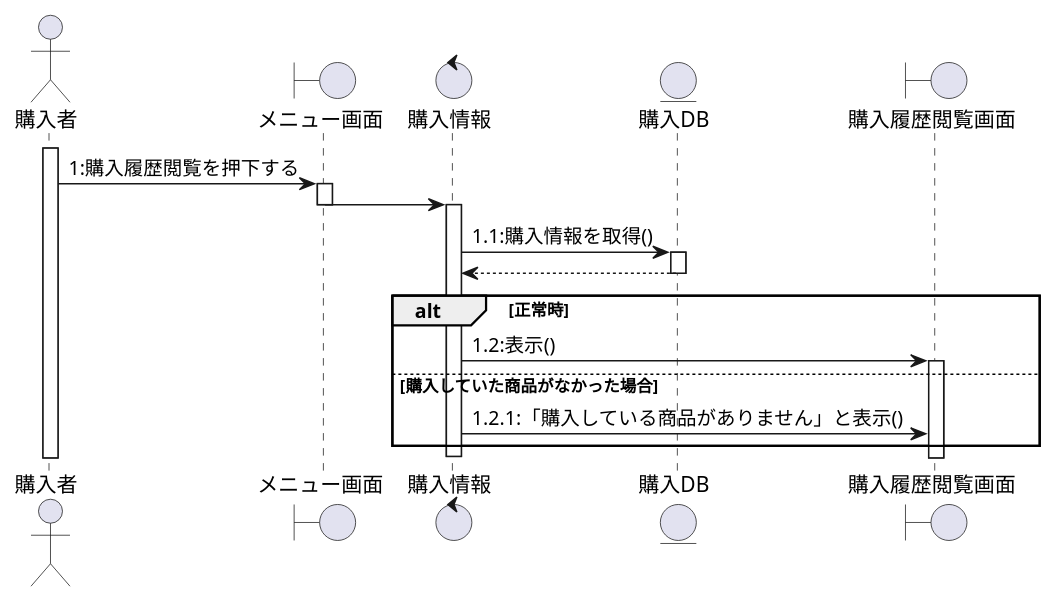
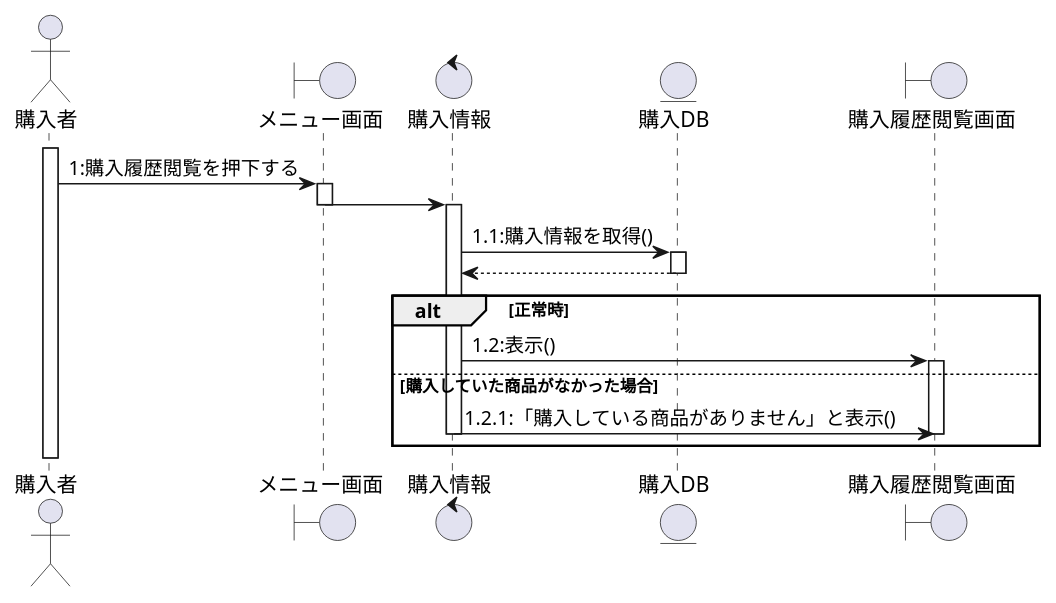
The diagram in シーケンス/シーケンス_購入者/購入履歴閲覧.puml (T-kouki/local-vege-link), drawn with PlantUML before and after one commit. The commit also changed 9 other files, not shown here.

```diff
--- a/シーケンス/シーケンス_購入者/購入履歴閲覧.puml
+++ b/シーケンス/シーケンス_購入者/購入履歴閲覧.puml
@@ -1,28 +1,30 @@
 @startuml
 
 actor 購入者
 boundary メニュー画面
 control 購入情報
 entity 購入DB
 boundary 購入履歴閲覧画面
 
 activate 購入者
 購入者 -> メニュー画面 :1:購入履歴閲覧を押下する
 activate メニュー画面
 メニュー画面 -> 購入情報:
 deactivate メニュー画面
 activate 購入情報
 購入情報 -> 購入DB:1.1:購入情報を取得()
 activate 購入DB
 購入DB --> 購入情報:
 deactivate 購入DB
 alt 正常時
     購入情報 -> 購入履歴閲覧画面:1.2:表示()
     activate 購入履歴閲覧画面
 else 購入していた商品がなかった場合
     購入情報 -> 購入履歴閲覧画面:1.2.1:「購入している商品がありません」と表示()
+    deactivate 購入情報
+    deactivate 購入履歴閲覧画面
 end
-deactivate 購入情報
+
 
 
 @enduml
```
